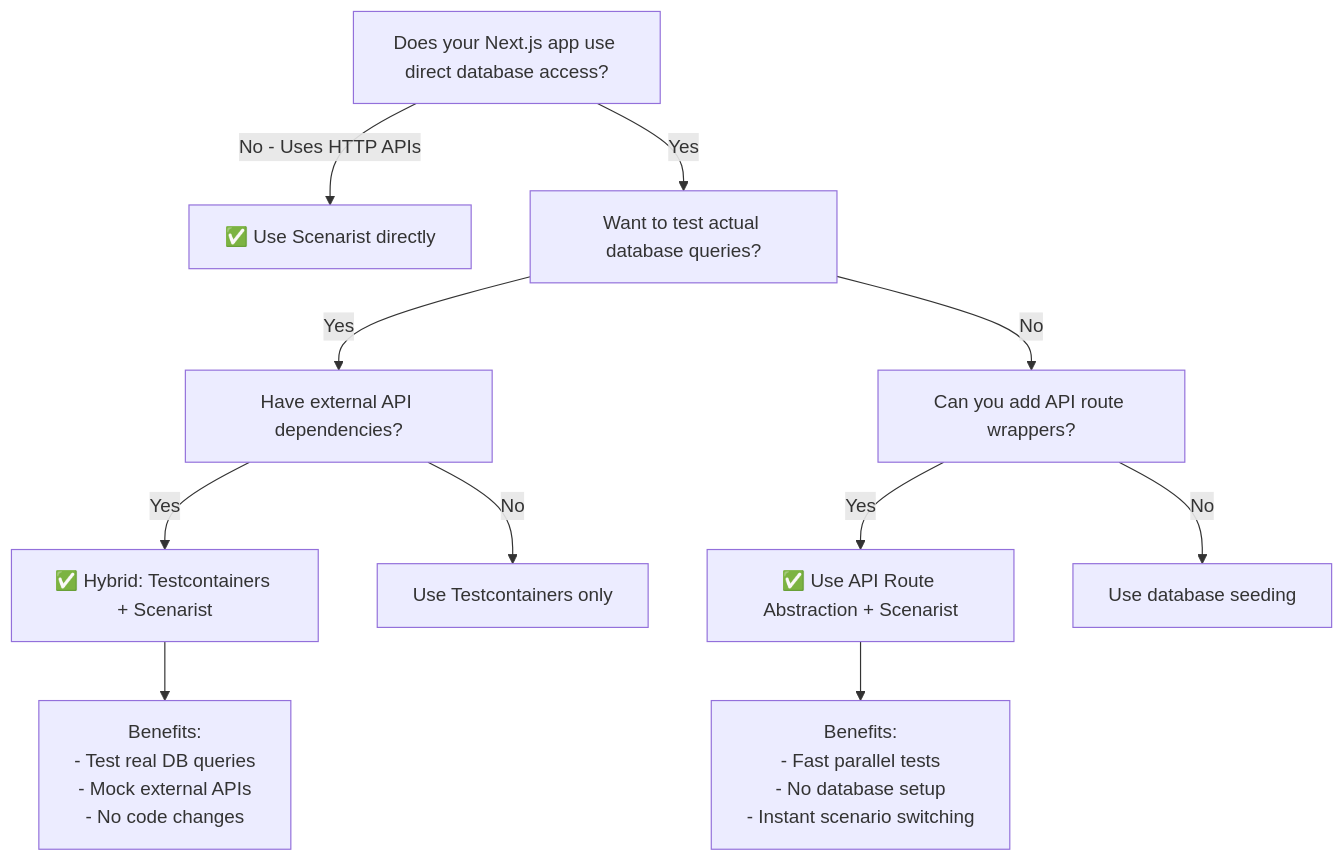
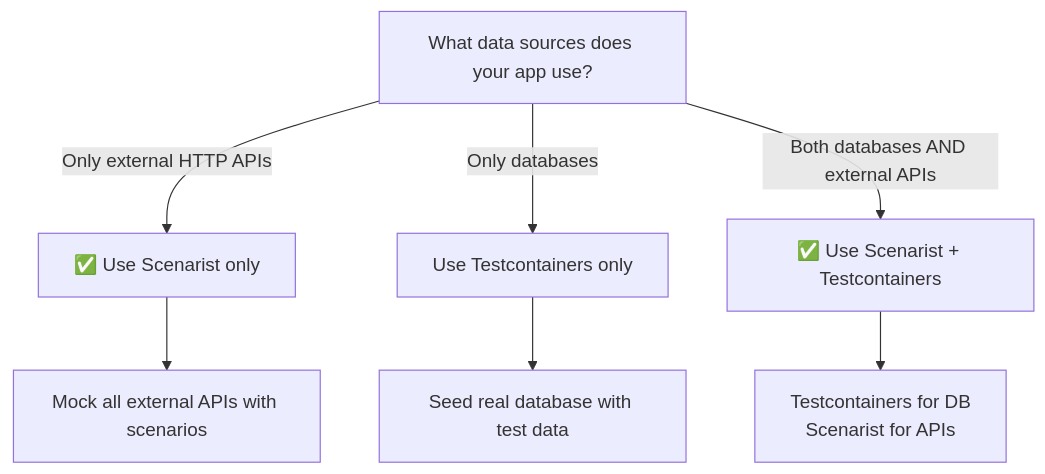
Before and after one commit to citypaul/scenarist: the diagram in apps/docs/src/content/docs/guides/testing-database-apps.mdx, drawn with Mermaid. The commit also changed other lines of this file and 15 other files, not shown here.

First line of the commit message:
docs: honest hybrid testing approach (Scenarist + Testcontainers) (#106)

````diff
--- a/apps/docs/src/content/docs/guides/testing-database-apps.mdx
+++ b/apps/docs/src/content/docs/guides/testing-database-apps.mdx
@@ -171,14 +296,10 @@
 ```mermaid
 graph TD
-    A[Does your Next.js app use direct database access?] -->|No - Uses HTTP APIs| B[✅ Use Scenarist directly]
-    A -->|Yes| C[Want to test actual database queries?]
-    C -->|Yes| D[Have external API dependencies?]
-    D -->|Yes| E[✅ Hybrid: Testcontainers + Scenarist]
-    D -->|No| F[Use Testcontainers only]
-    C -->|No| G[Can you add API route wrappers?]
-    G -->|Yes| H[✅ Use API Route Abstraction + Scenarist]
-    G -->|No| I[Use database seeding]
+    A[What data sources does your app use?] -->|Only external HTTP APIs| B[✅ Use Scenarist only]
+    A -->|Only databases| C[Use Testcontainers only]
+    A -->|Both databases AND external APIs| D[✅ Use Scenarist + Testcontainers]
 
-    E --> J[Benefits:<br/>- Test real DB queries<br/>- Mock external APIs<br/>- No code changes]
-    H --> K[Benefits:<br/>- Fast parallel tests<br/>- No database setup<br/>- Instant scenario switching]
+    B --> E[Mock all external APIs with scenarios]
+    C --> F[Seed real database with test data]
+    D --> G[Testcontainers for DB<br/>Scenarist for APIs]
 ```
````
